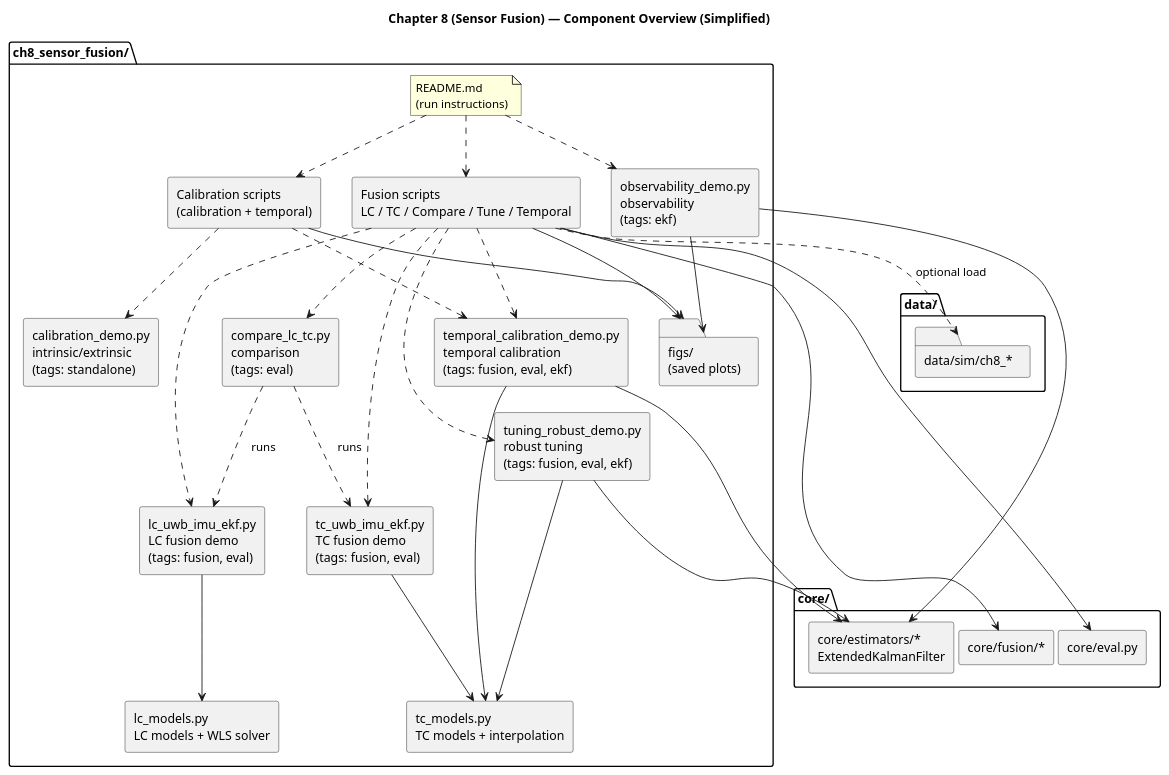
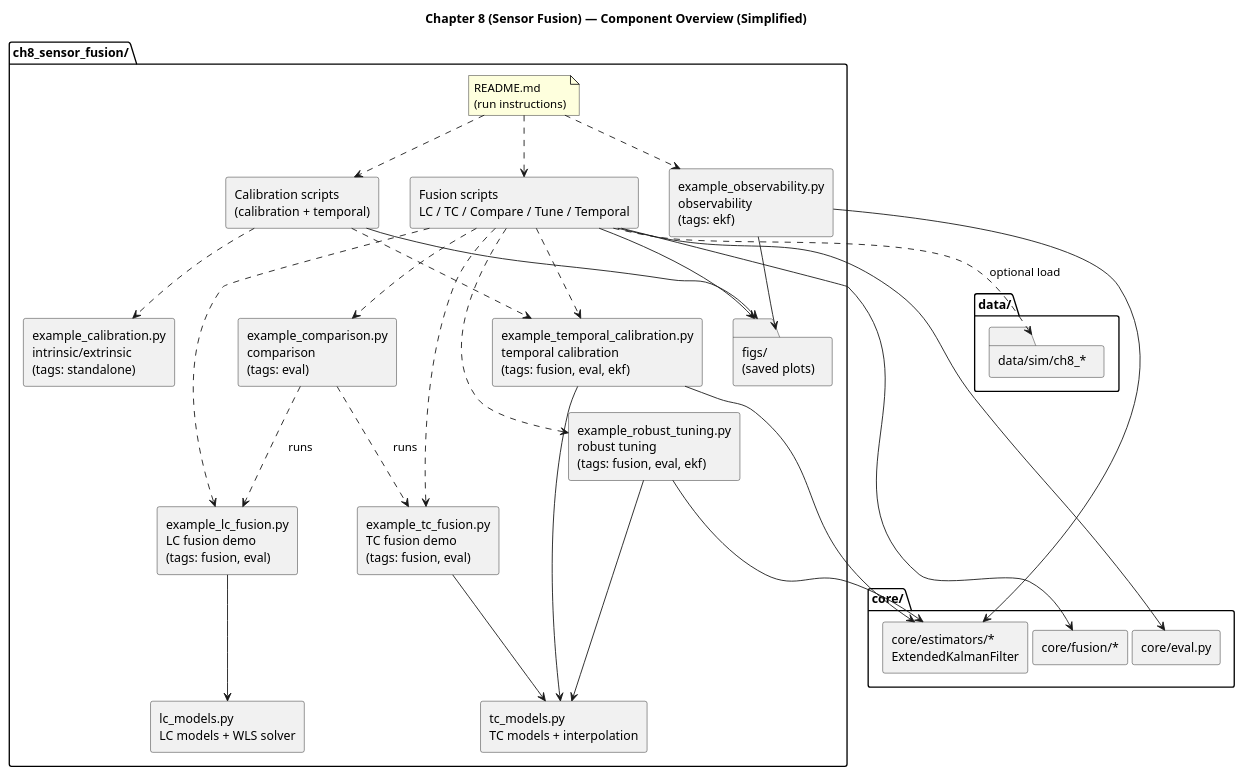
One commit to IPNL-POLYU/IPIN-Examples changed the diagram in docs/architecture/ipin_ch8_component_overview_v2.puml. Above: the diagram before and after it, drawn with PlantUML. The commit also changed 38 other files, not shown here.

```diff
--- a/docs/architecture/ipin_ch8_component_overview_v2.puml
+++ b/docs/architecture/ipin_ch8_component_overview_v2.puml
@@ -1,69 +1,69 @@
 @startuml
 title Chapter 8 (Sensor Fusion) — Component Overview (Simplified)
 skinparam componentStyle rectangle
 
 package "ch8_sensor_fusion/" as CH8 {
   [Fusion scripts\nLC / TC / Compare / Tune / Temporal] as FUSION
   [Calibration scripts\n(calibration + temporal)] as CALGRP
 
-  [lc_uwb_imu_ekf.py\nLC fusion demo\n(tags: fusion, eval)] as LC
-  [tc_uwb_imu_ekf.py\nTC fusion demo\n(tags: fusion, eval)] as TC
-  [compare_lc_tc.py\ncomparison\n(tags: eval)] as CMP
-  [tuning_robust_demo.py\nrobust tuning\n(tags: fusion, eval, ekf)] as TUNE
-  [temporal_calibration_demo.py\ntemporal calibration\n(tags: fusion, eval, ekf)] as TEMP
-  [calibration_demo.py\nintrinsic/extrinsic\n(tags: standalone)] as CAL
-  [observability_demo.py\nobservability\n(tags: ekf)] as OBS
+  [example_lc_fusion.py\nLC fusion demo\n(tags: fusion, eval)] as LC
+  [example_tc_fusion.py\nTC fusion demo\n(tags: fusion, eval)] as TC
+  [example_comparison.py\ncomparison\n(tags: eval)] as CMP
+  [example_robust_tuning.py\nrobust tuning\n(tags: fusion, eval, ekf)] as TUNE
+  [example_temporal_calibration.py\ntemporal calibration\n(tags: fusion, eval, ekf)] as TEMP
+  [example_calibration.py\nintrinsic/extrinsic\n(tags: standalone)] as CAL
+  [example_observability.py\nobservability\n(tags: ekf)] as OBS
 
   [lc_models.py\nLC models + WLS solver] as LCM
   [tc_models.py\nTC models + interpolation] as TCM
 
   folder "figs/\n(saved plots)" as FIGS
   note "README.md\n(run instructions)" as README
 
   ' key intra-chapter relations
   LC --> LCM
   TC --> TCM
   TUNE --> TCM
   TEMP --> TCM
   CMP ..> LC : runs
   CMP ..> TC : runs
 
   ' grouping (dotted)
   FUSION ..> LC
   FUSION ..> TC
   FUSION ..> CMP
   FUSION ..> TUNE
   FUSION ..> TEMP
 
   CALGRP ..> CAL
   CALGRP ..> TEMP
 
   ' outputs (few edges)
   FUSION --> FIGS
   CALGRP --> FIGS
   OBS --> FIGS
 
   README ..> FUSION
   README ..> CALGRP
   README ..> OBS
 }
 
 package "core/" as CORE {
   [core/fusion/*] as CFUS
   [core/eval.py] as CEVAL
   [core/estimators/*\nExtendedKalmanFilter] as CEST
 }
 
 package "data/" as DATA {
   folder "data/sim/ch8_*" as SIM
 }
 
 ' simplified core deps
 FUSION --> CFUS
 FUSION --> CEVAL
 TUNE --> CEST
 TEMP --> CEST
 OBS  --> CEST
 
 FUSION ..> SIM : optional load
 @enduml
```
